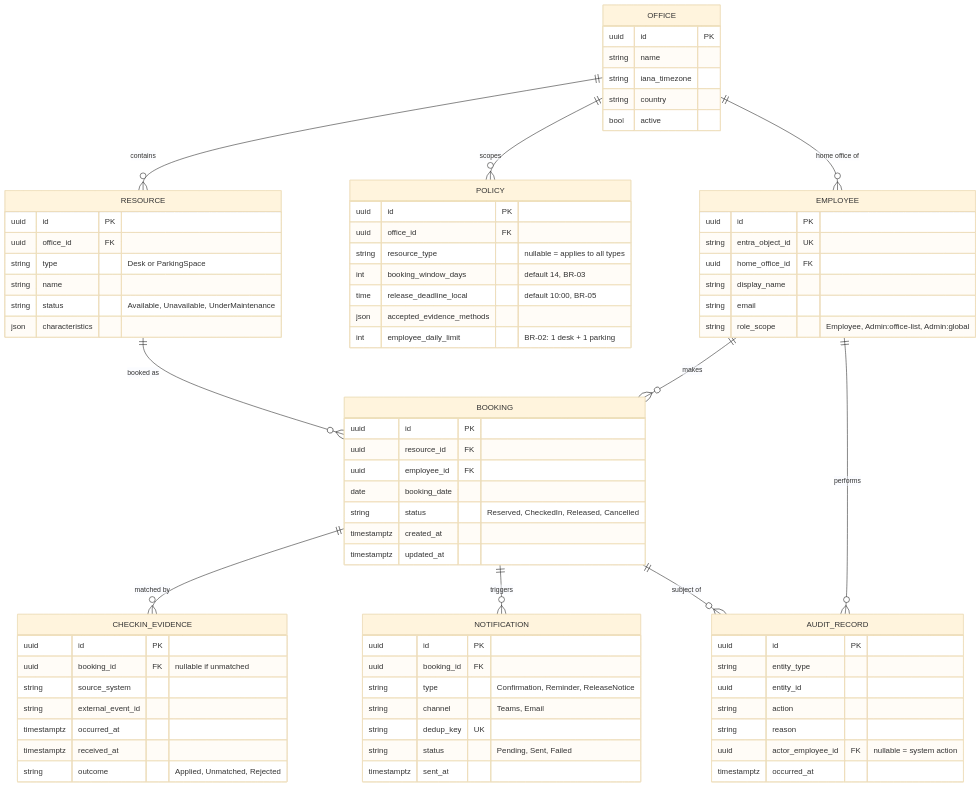
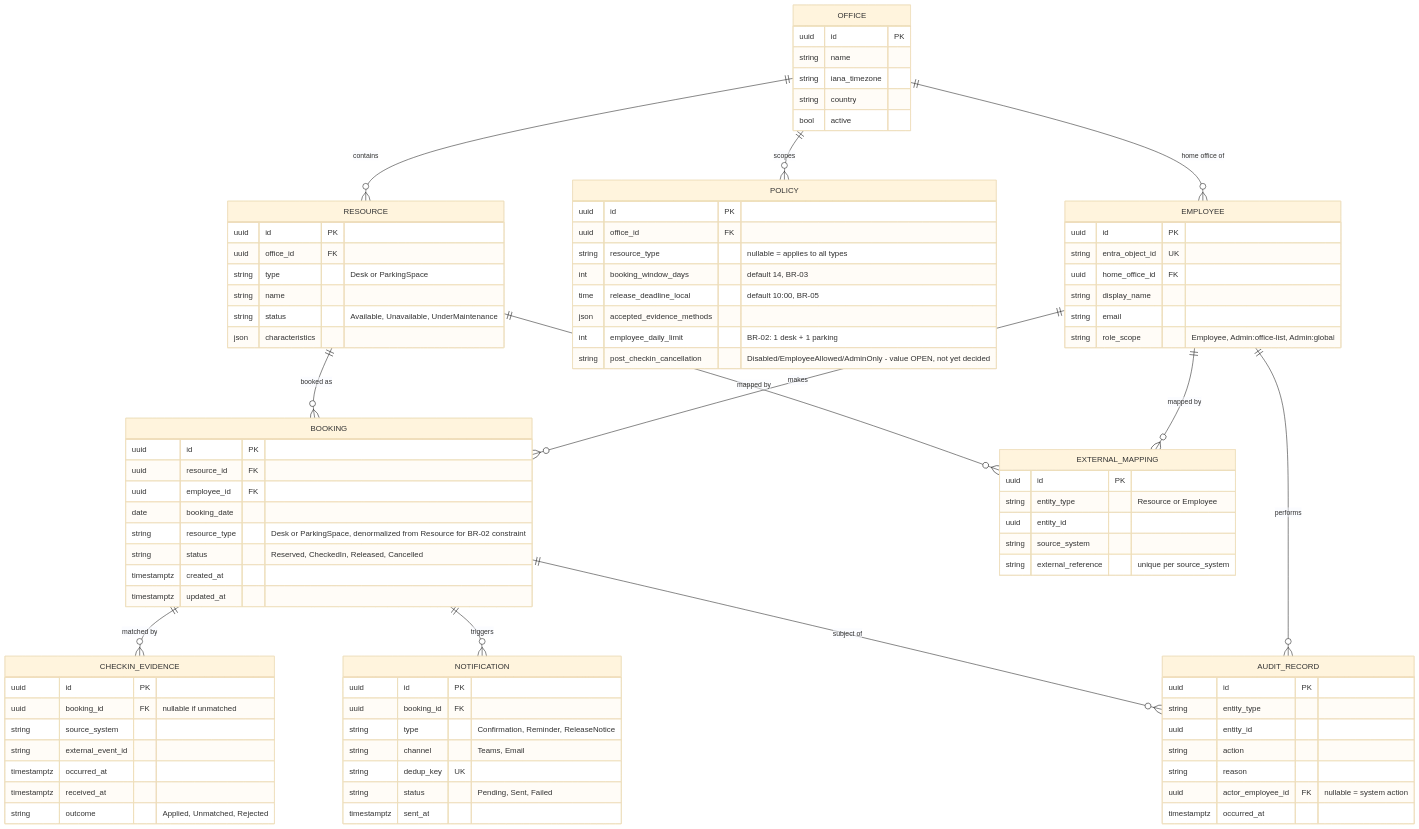
Before and after one commit to ailic12/siliconskunk: the third of 11 diagrams in design/smart-office-hld.md, drawn with Mermaid (base theme). The commit also changed other lines of this file, not shown here.

```diff
--- a/design/smart-office-hld.md
+++ b/design/smart-office-hld.md
@@ -146,6 +168,8 @@
     BOOKING ||--o{ NOTIFICATION : triggers
     BOOKING ||--o{ AUDIT_RECORD : "subject of"
     EMPLOYEE ||--o{ AUDIT_RECORD : performs
+    RESOURCE ||--o{ EXTERNAL_MAPPING : "mapped by"
+    EMPLOYEE ||--o{ EXTERNAL_MAPPING : "mapped by"
 
     OFFICE {
         uuid id PK
@@ -170,6 +194,7 @@
         time release_deadline_local "default 10:00, BR-05"
         json accepted_evidence_methods
         int employee_daily_limit "BR-02: 1 desk + 1 parking"
+        string post_checkin_cancellation "Disabled/EmployeeAllowed/AdminOnly - value OPEN, not yet decided"
     }
     EMPLOYEE {
         uuid id PK
@@ -184,6 +209,7 @@
         uuid resource_id FK
         uuid employee_id FK
         date booking_date
+        string resource_type "Desk or ParkingSpace, denormalized from Resource for BR-02 constraint"
         string status "Reserved, CheckedIn, Released, Cancelled"
         timestamptz created_at
         timestamptz updated_at
@@ -196,6 +222,13 @@
         timestamptz occurred_at
         timestamptz received_at
         string outcome "Applied, Unmatched, Rejected"
+    }
+    EXTERNAL_MAPPING {
+        uuid id PK
+        string entity_type "Resource or Employee"
+        uuid entity_id
+        string source_system
+        string external_reference "unique per source_system"
     }
     NOTIFICATION {
         uuid id PK
```
